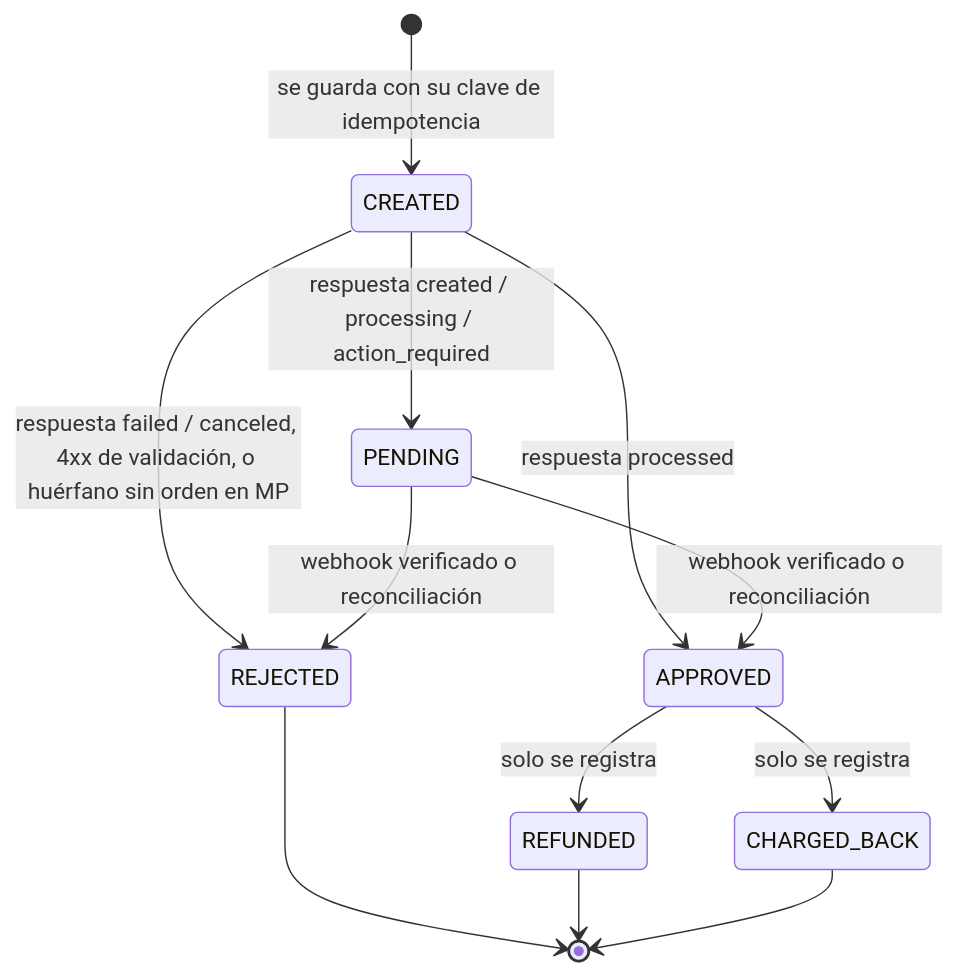
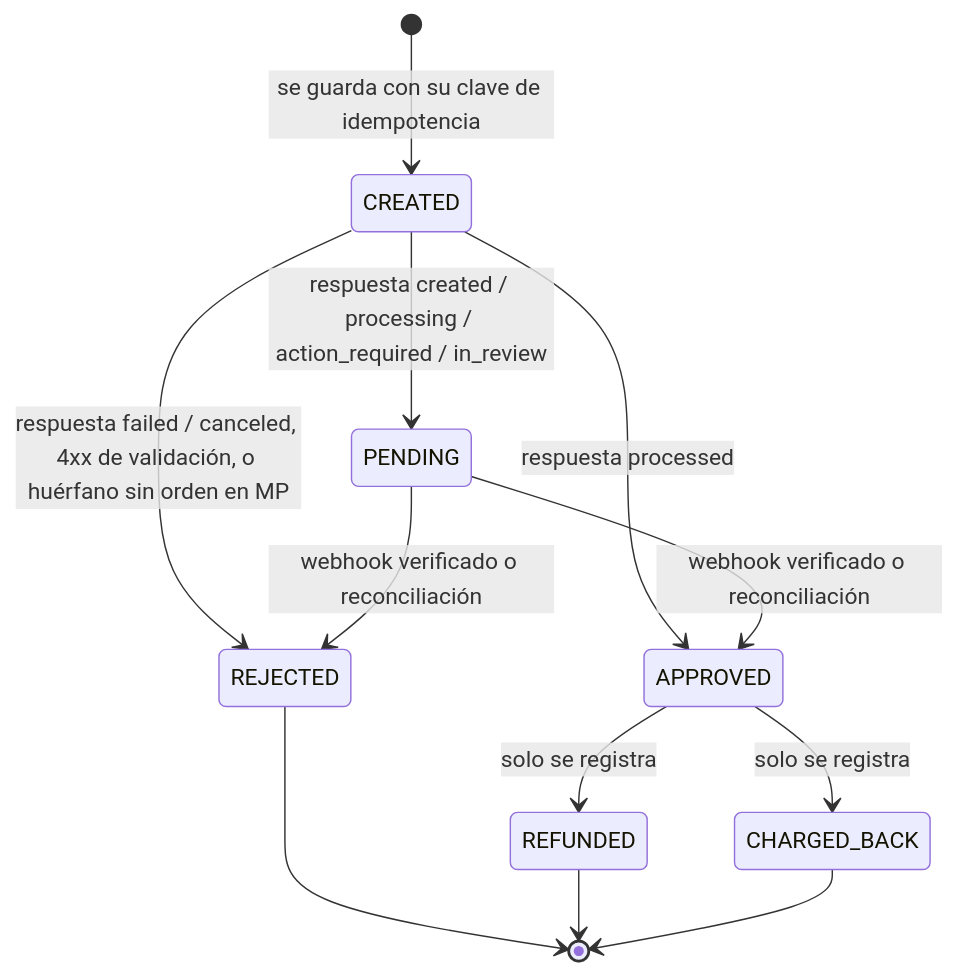
Before and after one commit to furibeh/bitmarket: the second of 4 diagrams in docs/design.md, drawn with Mermaid. The commit also changed other lines of this file and 3 other files, not shown here.

````diff
--- a/docs/design.md
+++ b/docs/design.md
@@ -279,14 +279,14 @@
 ```mermaid
 stateDiagram-v2
     [*] --> CREATED: se guarda con su clave de idempotencia
-    CREATED --> PENDING: respuesta created / processing / action_required
+    CREATED --> PENDING: respuesta created / processing / action_required / in_review
     CREATED --> APPROVED: respuesta processed
     CREATED --> REJECTED: respuesta failed / canceled, 4xx de validación, o huérfano sin orden en MP
     PENDING --> APPROVED: webhook verificado o reconciliación
     PENDING --> REJECTED: webhook verificado o reconciliación
     APPROVED --> REFUNDED: solo se registra
     APPROVED --> CHARGED_BACK: solo se registra
     REJECTED --> [*]
     REFUNDED --> [*]
     CHARGED_BACK --> [*]
 ```
````
